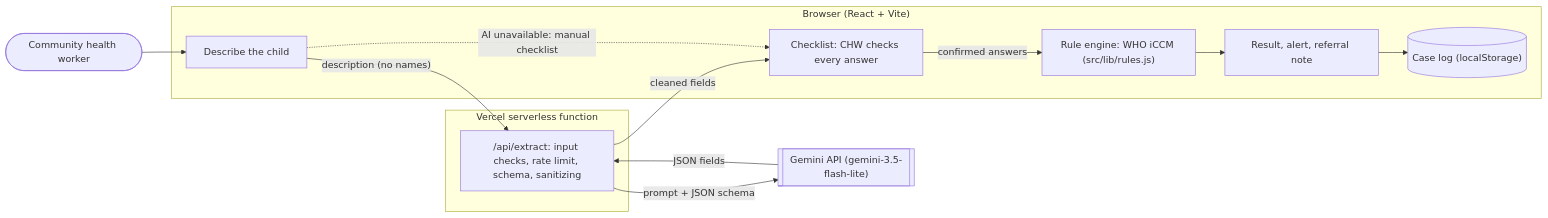
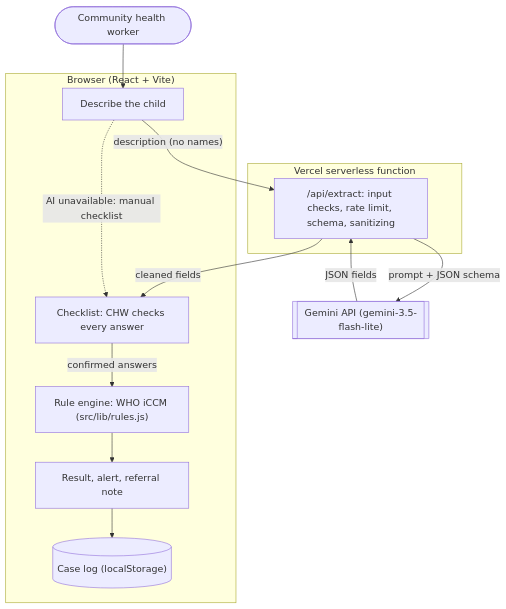
One commit to a3gissss/kidcheck changed the diagram in README.md. Above: the diagram before and after it, drawn with Mermaid.

Commit message:
README: draw the architecture diagram top to bottom so it is readable

````diff
--- a/README.md
+++ b/README.md
@@ -54,25 +54,25 @@
 ```mermaid
-flowchart LR
+flowchart TB
     CHW(["Community health worker"])
     subgraph Browser["Browser (React + Vite)"]
         Intake["Describe the child"]
         Checklist["Checklist: CHW checks every answer"]
         Rules["Rule engine: WHO iCCM (src/lib/rules.js)"]
         Result["Result, alert, referral note"]
         Log[("Case log (localStorage)")]
     end
     subgraph Vercel["Vercel serverless function"]
         API["/api/extract: input checks, rate limit, schema, sanitizing"]
     end
     Gemini[["Gemini API (gemini-3.5-flash-lite)"]]
 
     CHW --> Intake
     Intake -- "description (no names)" --> API
     API -- "prompt + JSON schema" --> Gemini
     Gemini -- "JSON fields" --> API
     API -- "cleaned fields" --> Checklist
     Intake -. "AI unavailable: manual checklist" .-> Checklist
     Checklist -- "confirmed answers" --> Rules
     Rules --> Result
     Result --> Log
 ```
````
